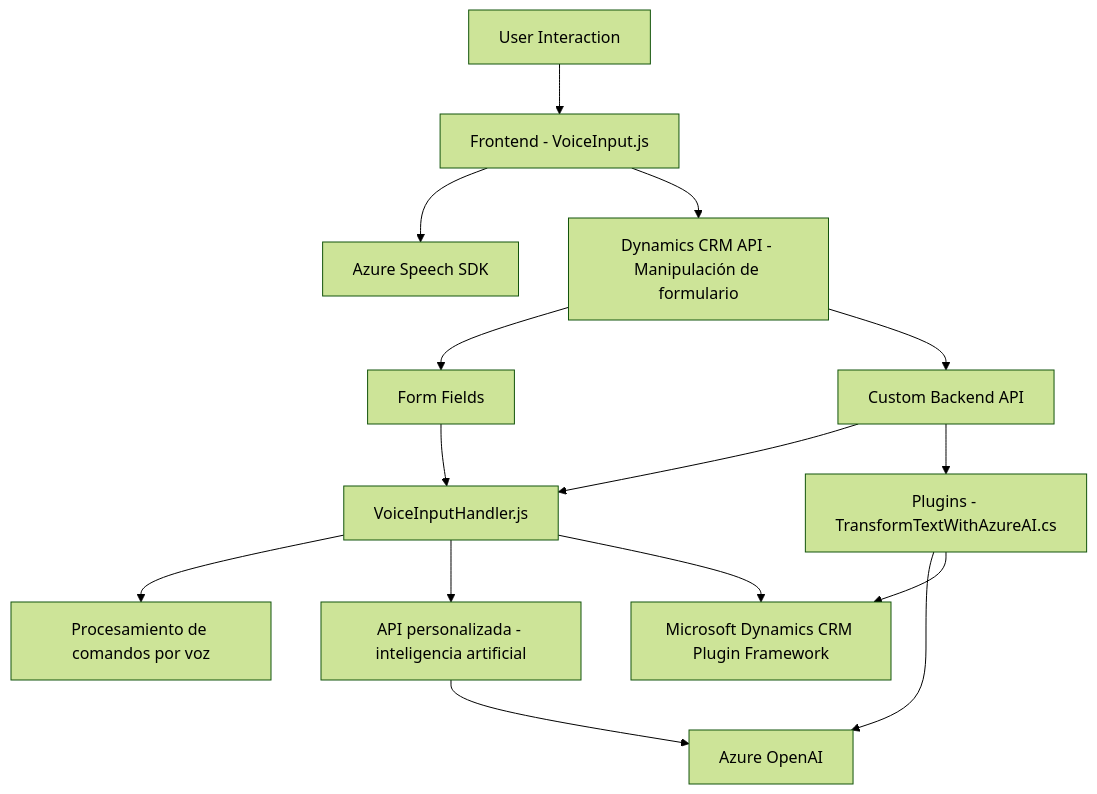
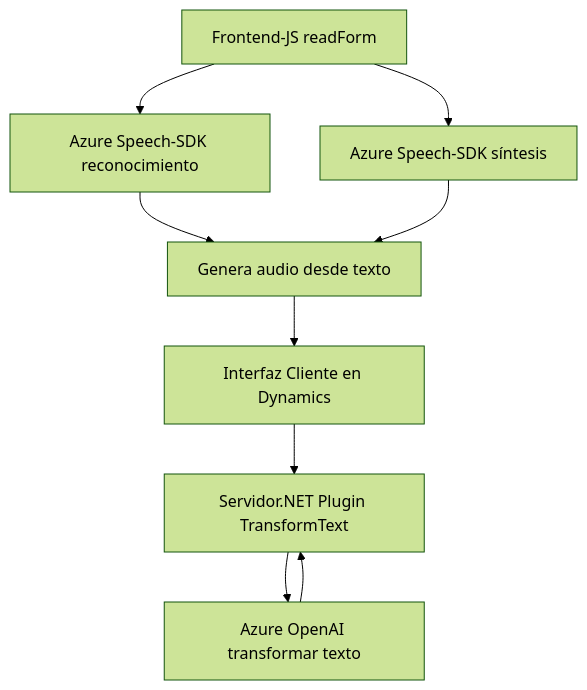
One commit to blopezdm/NETCORE_BILBAO2025 changed the diagram in README.md. Above: the diagram before and after it, drawn with Mermaid (forest theme). The commit also changed other lines of this file, not shown here.

````diff
--- a/README.md
+++ b/README.md
@@ -44,20 +40,11 @@
 ```mermaid
 graph TD
-    A["User Interaction"] --> B["Frontend - VoiceInput.js"]
-    B --> C["Azure Speech SDK"]
-    B --> D["Dynamics CRM API - Manipulación de formulario"]
-    D --> E["Form Fields"]
-    D --> F["Custom Backend API"]
-
-    F --> G["VoiceInputHandler.js"]
-    G --> H["Procesamiento de comandos por voz"]
-    G --> I["API personalizada - inteligencia artificial"]
-    I --> J["Azure OpenAI"]
-
-    F --> K["Plugins - TransformTextWithAzureAI.cs"]
-    K --> J
-    K --> L["Microsoft Dynamics CRM Plugin Framework"]
-
-    E --> G
-    G --> L
+    A["Frontend-JS readForm"] --> B["Azure Speech-SDK reconocimiento"]
+    A["Frontend-JS readForm"] --> C["Azure Speech-SDK síntesis"]
+    B --> D["Actualiza campos de formulario"]
+    C --> D["Genera audio desde texto"]
+    D --> E["Interfaz Cliente en Dynamics"]
+    E --> F["Servidor.NET Plugin TransformText"]
+    F --> G["Azure OpenAI transformar texto"]
+    G --> F
 ```
````
